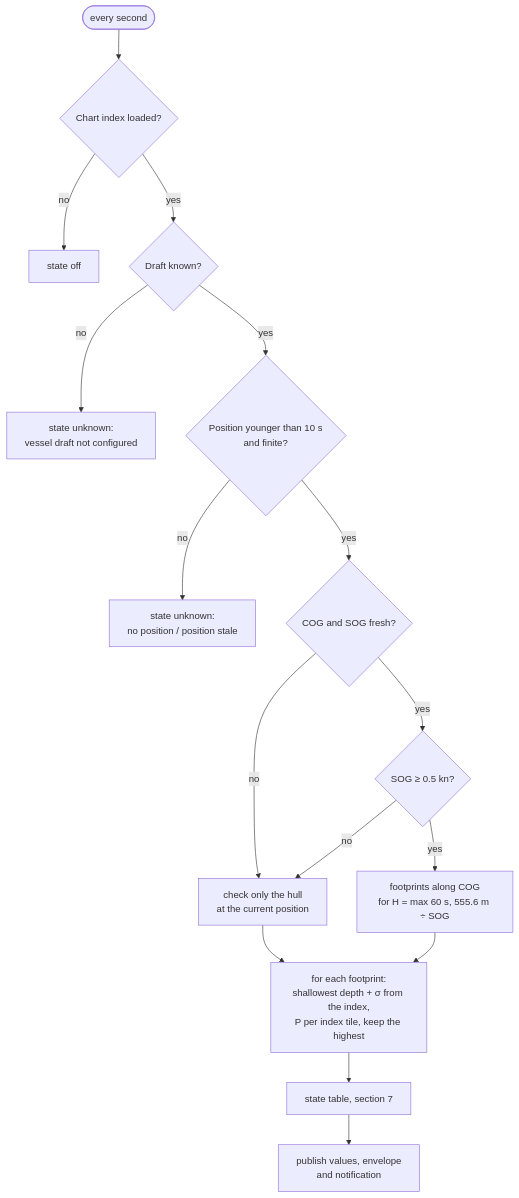
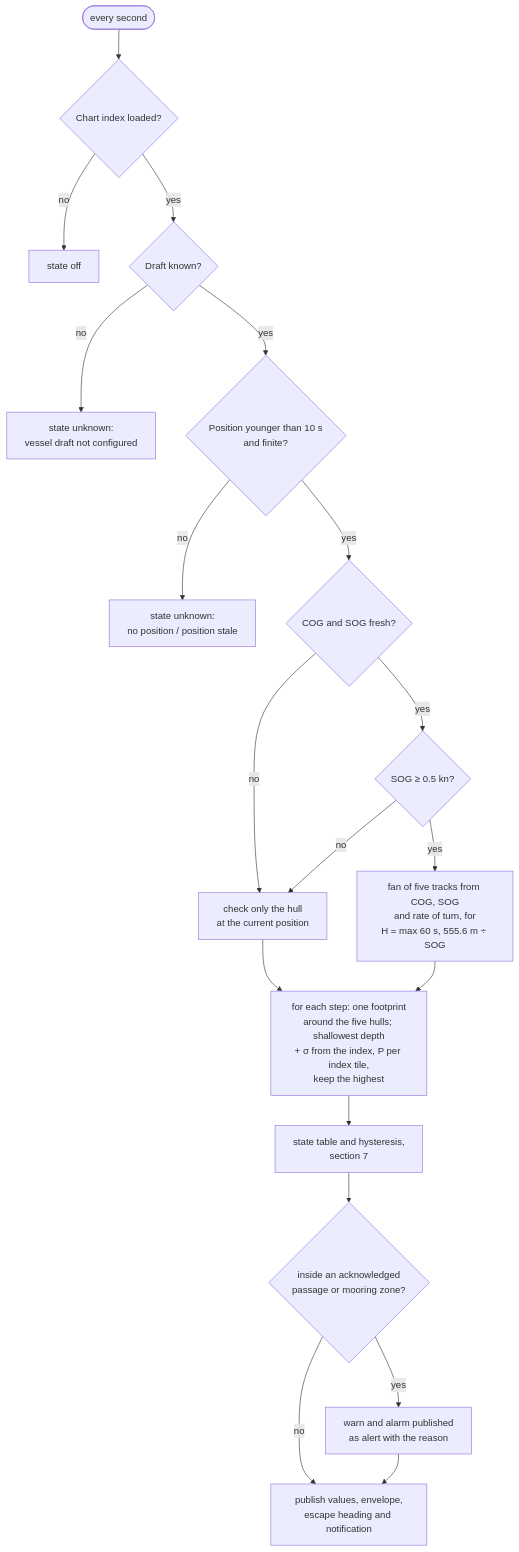
Before and after one commit to KEGustafsson/signalk-underkeel: the third of 5 diagrams in docs/HOW-IT-WORKS.md, drawn with Mermaid. The commit also changed other lines of this file and 4 other files, not shown here.

First line of the commit message:
docs: how the M4 look-ahead behaves: fan, hysteresis, escape heading, integrity, acks

````diff
--- a/docs/HOW-IT-WORKS.md
+++ b/docs/HOW-IT-WORKS.md
@@ -200,17 +200,20 @@
 ```mermaid
 flowchart TD
   T([every second]) --> I{Chart index loaded?}
   I -- no --> OFF[state off]
   I -- yes --> D{Draft known?}
   D -- no --> UNK1[state unknown:<br/>vessel draft not configured]
   D -- yes --> P{Position younger than 10 s<br/>and finite?}
   P -- no --> UNK2[state unknown:<br/>no position / position stale]
   P -- yes --> M{COG and SOG fresh?}
   M -- no --> ONE[check only the hull<br/>at the current position]
   M -- yes --> S{SOG ≥ 0.5 kn?}
   S -- no --> ONE
-  S -- yes --> CONE[footprints along COG<br/>for H = max 60 s, 555.6 m ÷ SOG]
-  ONE & CONE --> Q[for each footprint:<br/>shallowest depth + σ from the index,<br/>P per index tile, keep the highest]
-  Q --> ST[state table, section 7]
-  ST --> PUB[publish values, envelope<br/>and notification]
+  S -- yes --> CONE[fan of five tracks from COG, SOG<br/>and rate of turn, for<br/>H = max 60 s, 555.6 m ÷ SOG]
+  ONE & CONE --> Q[for each step: one footprint<br/>around the five hulls; shallowest depth<br/>+ σ from the index, P per index tile,<br/>keep the highest]
+  Q --> ST[state table and hysteresis,<br/>section 7]
+  ST --> Z{inside an acknowledged<br/>passage or mooring zone?}
+  Z -- yes --> AL[warn and alarm published<br/>as alert with the reason]
+  Z -- no --> PUB[publish values, envelope,<br/>escape heading and notification]
+  AL --> PUB
 ```
````
